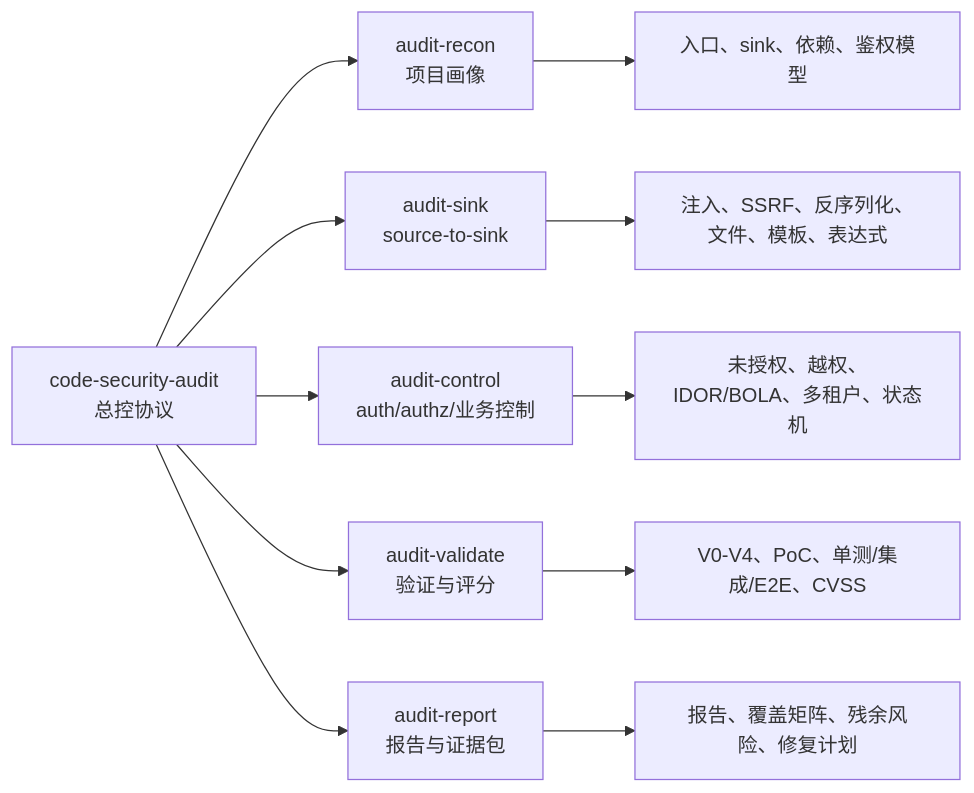
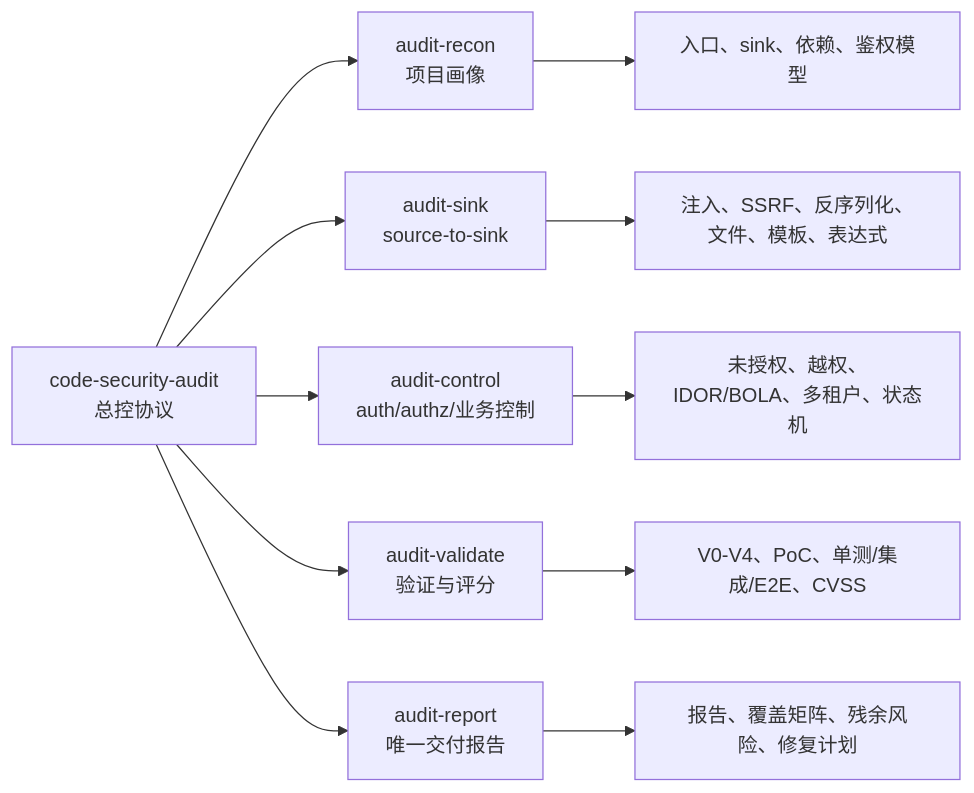
Before and after one commit to ssrsec/code-security-audit: the second of 3 diagrams in shared/architecture_design.md, drawn with Mermaid. The commit also changed other lines of this file and 34 other files, not shown here.

````diff
--- a/shared/architecture_design.md
+++ b/shared/architecture_design.md
@@ -39,14 +38,14 @@
 ```mermaid
 flowchart LR
   CTRL["code-security-audit<br/>总控协议"] --> RECON["audit-recon<br/>项目画像"]
   CTRL --> SINK["audit-sink<br/>source-to-sink"]
   CTRL --> CONTROL["audit-control<br/>auth/authz/业务控制"]
   CTRL --> VALIDATE["audit-validate<br/>验证与评分"]
-  CTRL --> REPORT["audit-report<br/>报告与证据包"]
+  CTRL --> REPORT["audit-report<br/>唯一交付报告"]
 
   RECON --> A1["入口、sink、依赖、鉴权模型"]
   SINK --> A2["注入、SSRF、反序列化、文件、模板、表达式"]
   CONTROL --> A3["未授权、越权、IDOR/BOLA、多租户、状态机"]
   VALIDATE --> A4["V0-V4、PoC、单测/集成/E2E、CVSS"]
   REPORT --> A5["报告、覆盖矩阵、残余风险、修复计划"]
 ```
````
